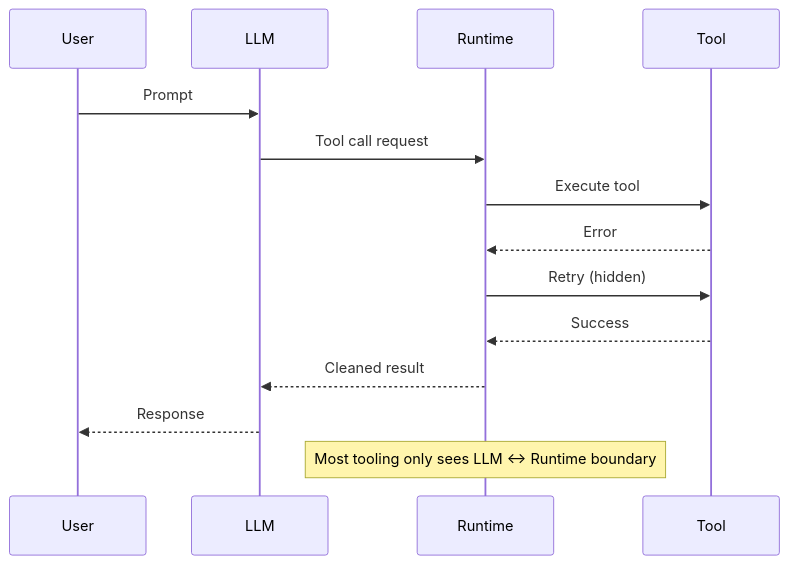
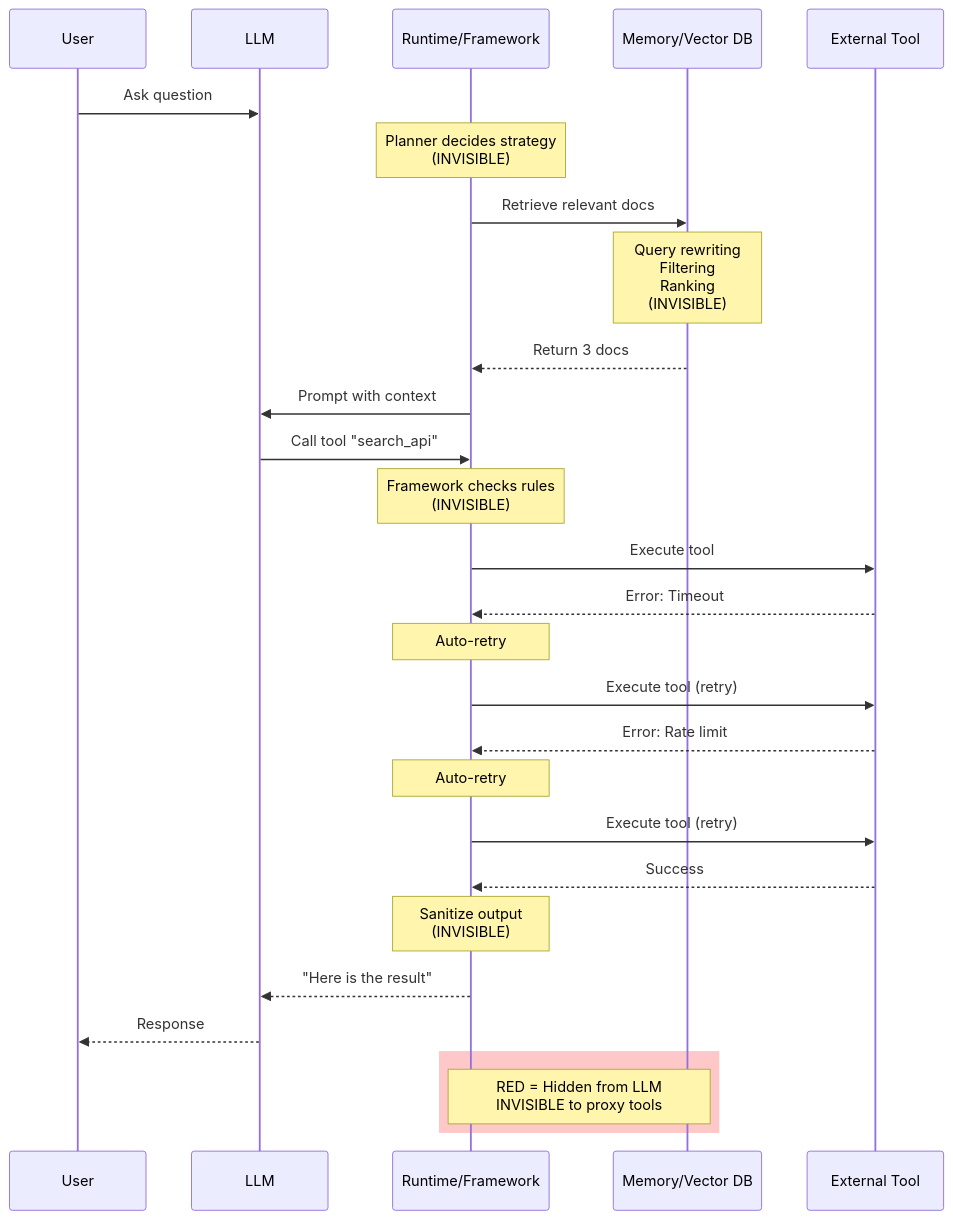
The diagram in problem-space.mdx (dishant0406/docs), drawn with Mermaid before and after one commit. The commit also changed other lines of this file and 41 other files, not shown here.

````diff
--- a/problem-space.mdx
+++ b/problem-space.mdx
@@ -24,18 +268,40 @@
 ```mermaid
 sequenceDiagram
-  participant U as User
-  participant L as LLM
-  participant R as Runtime
-  participant T as Tool
+    participant U as User
+    participant L as LLM
+    participant R as Runtime/Framework
+    participant M as Memory/Vector DB
+    participant T as External Tool
 
-  U->>L: Prompt
-  L->>R: Tool call request
-  R->>T: Execute tool
-  T-->>R: Error
-  R->>T: Retry (hidden)
-  T-->>R: Success
-  R-->>L: Cleaned result
-  L-->>U: Response
-
-  Note over R: Most tooling only sees LLM <-> Runtime boundary
+    U->>L: Ask question
+    
+    Note over R: Planner decides strategy<br/>(INVISIBLE)
+    
+    R->>M: Retrieve relevant docs
+    Note over M: Query rewriting<br/>Filtering<br/>Ranking<br/>(INVISIBLE)
+    M-->>R: Return 3 docs
+    
+    R->>L: Prompt with context
+    L->>R: Call tool "search_api"
+    
+    Note over R: Framework checks rules<br/>(INVISIBLE)
+    
+    R->>T: Execute tool
+    T-->>R: Error: Timeout
+    
+    Note over R: Auto-retry #1<br/>(INVISIBLE TO LLM)
+    R->>T: Execute tool (retry)
+    T-->>R: Error: Rate limit
+    
+    Note over R: Auto-retry #2<br/>(INVISIBLE TO LLM)
+    R->>T: Execute tool (retry)
+    T-->>R: Success
+    
+    Note over R: Sanitize output<br/>(INVISIBLE)
+    R-->>L: "Here is the result"
+    L-->>U: Response
+    
+    rect rgb(255, 200, 200)
+        Note over R,M: RED = Hidden from LLM<br/>INVISIBLE to proxy tools
+    end
 ```
````
